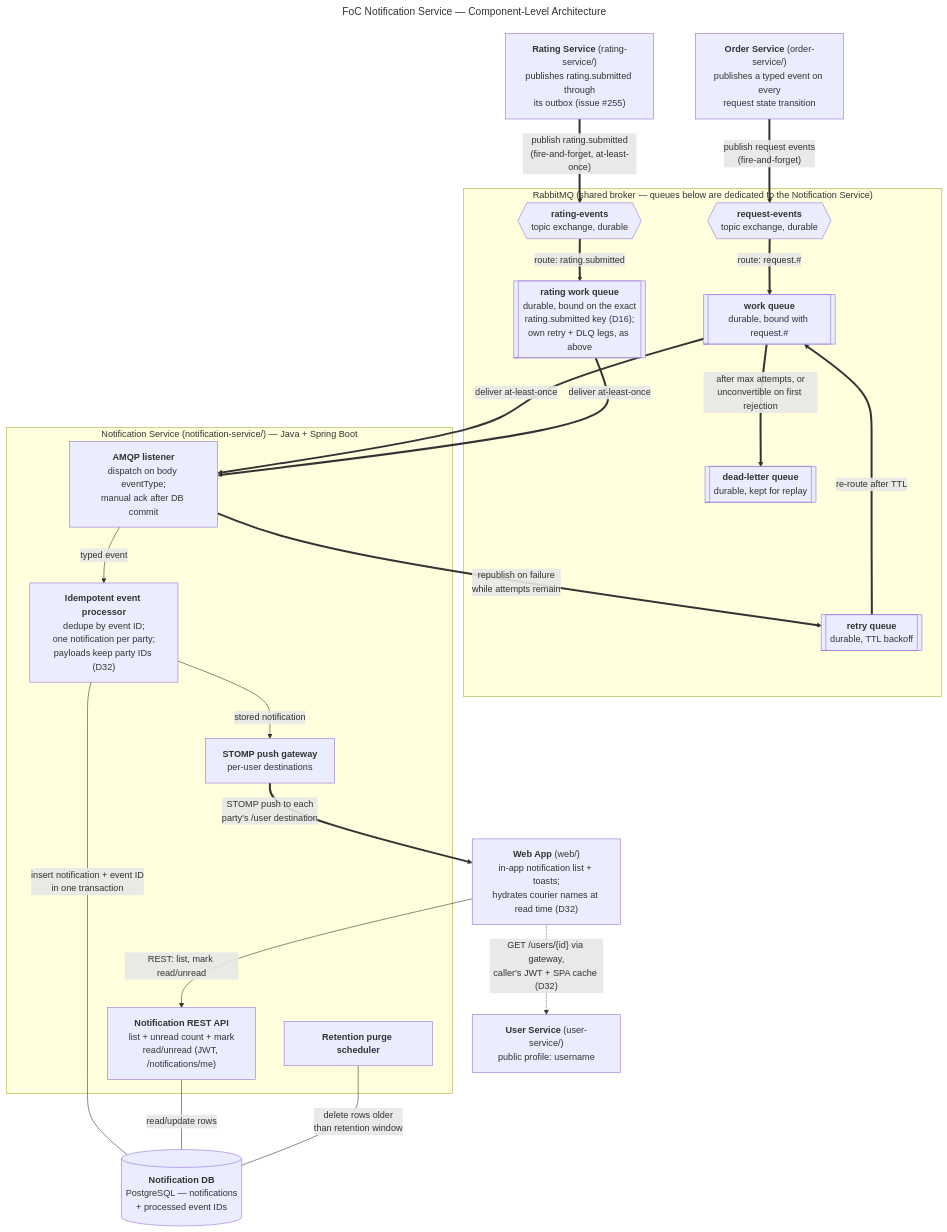
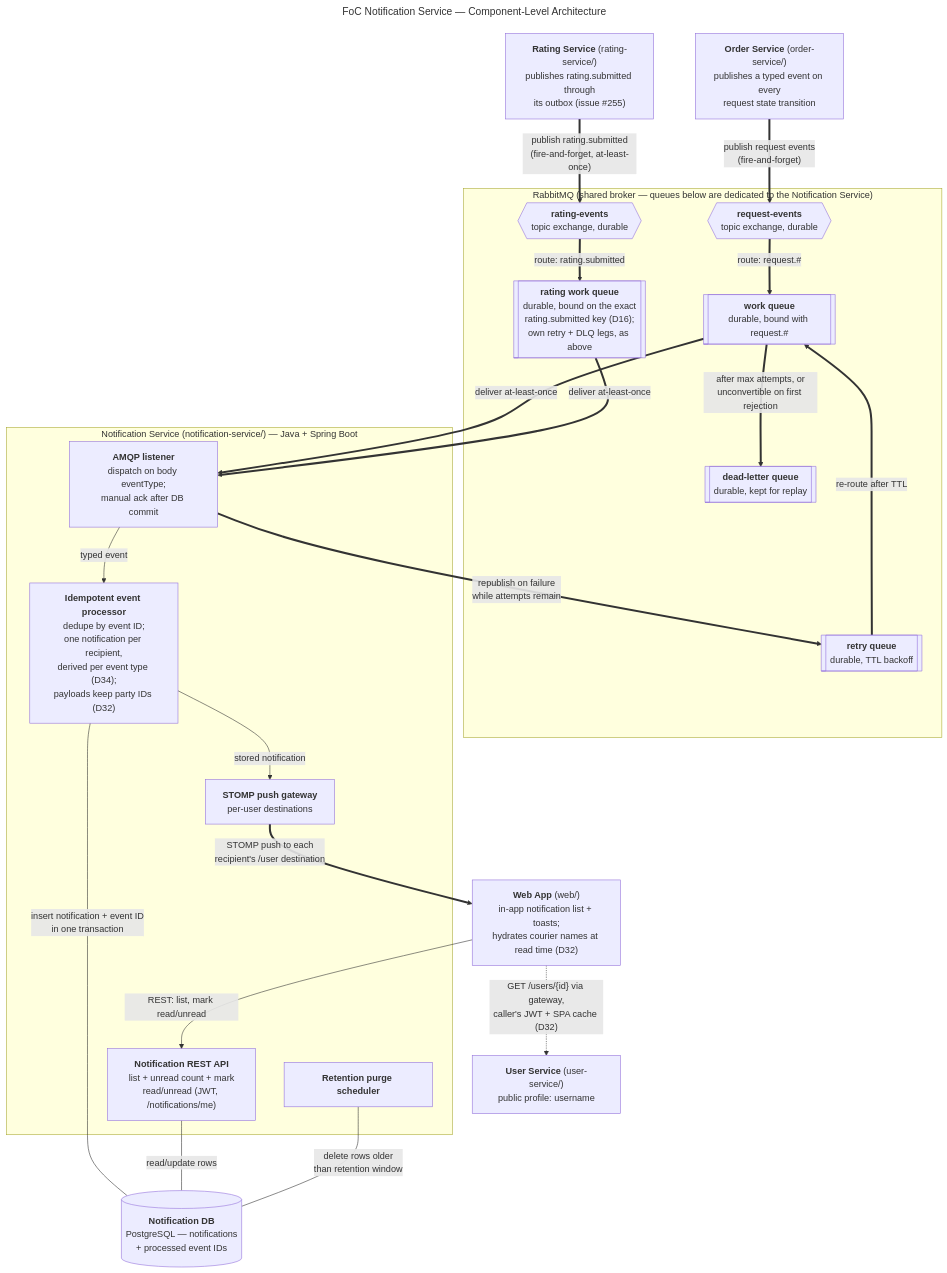
One commit to AY2627S1-CS3219-P23/foc changed the diagram in docs/notification-service.mmd. Above: the diagram before and after it, drawn with Mermaid. The commit also changed 86 other files, not shown here.

First line of the commit message:
feat: derive notification recipients in notification-service (D34)

```diff
--- a/docs/notification-service.mmd
+++ b/docs/notification-service.mmd
@@ -1,68 +1,71 @@
 ---
 title: "FoC Notification Service — Component-Level Architecture"
 ---
 %% AI-assisted (CS3219 AI Usage Policy disclosure):
 %% Tool: Claude Code (Fable 5), 2026-09-15 – 2026-09-21.
 %% Scope: drew the team-decided design (decisions D1-D22, made by
 %% Leong Wei Zhi, recorded in docs/notification-service.md); the tool
 %% made no design decisions.
 %% Reviewed by: Leong Wei Zhi (via pull request).
+%% 2026-11-04, Claude Code (Fable 5.1), D34: the processor node and push
+%% edge say "recipient" — recipients are derived here, not carried in
+%% the event. Author review: Leong Wei Zhi, pending pull request review.
 %% 2026-10-17, Claude Code (Fable 5), issue #66: the REST API node is
 %% built — dashed "planned" styling removed, label updated.
 %% 2026-10-17, Claude Code (Fable 5), issue #66: user directory node +
 %% lookup edge added for the ingest-time name enrichment (author
 %% decisions D30/D31 via options Q&A).
 %% 2026-10-19, Claude Code (Fable 5), issue #221: user directory node and
 %% internal-token edge removed with the enrichment (author decision D32
 %% via options Q&A — the web hydrates names at read time through the
 %% gateway); the Web App node notes the lookup instead.
 %% 2026-11-02, Claude Code (Fable 5), issue #258: the rating-events
 %% exchange, its work queue and the Rating Service producer drawn —
 %% the second queue trio the .md has described since issue #255 (D16
 %% note; its retry/DLQ legs mirror the drawn trio and are noted, not
 %% drawn). Transcription only.
 %% Author review: Leong Wei Zhi, pending pull request review.
 %% Legend, decisions and traceability: see docs/notification-service.md
 flowchart TB
     ORDER_SVC["<b>Order Service</b> (order-service/)<br/>publishes a typed event on every<br/>request state transition"]
     RATING_SVC["<b>Rating Service</b> (rating-service/)<br/>publishes rating.submitted through<br/>its outbox (issue #255)"]
     WEB["<b>Web App</b> (web/)<br/>in-app notification list + toasts;<br/>hydrates courier names at read time (D32)"]
     USER_SVC["<b>User Service</b> (user-service/)<br/>public profile: username"]
 
     subgraph RABBIT ["RabbitMQ (shared broker — queues below are dedicated to the Notification Service)"]
         EXCH{{"<b>request-events</b><br/>topic exchange, durable"}}
         WORKQ[["<b>work queue</b><br/>durable, bound with request.#"]]
         RETRYQ[["<b>retry queue</b><br/>durable, TTL backoff"]]
         DLQ[["<b>dead-letter queue</b><br/>durable, kept for replay"]]
         RATING_EXCH{{"<b>rating-events</b><br/>topic exchange, durable"}}
         RATING_WORKQ[["<b>rating work queue</b><br/>durable, bound on the exact<br/>rating.submitted key (D16);<br/>own retry + DLQ legs, as above"]]
     end
 
     subgraph NOTIF ["Notification Service (notification-service/) — Java + Spring Boot"]
         LISTENER["<b>AMQP listener</b><br/>dispatch on body eventType;<br/>manual ack after DB commit"]
-        PROCESSOR["<b>Idempotent event processor</b><br/>dedupe by event ID;<br/>one notification per party;<br/>payloads keep party IDs (D32)"]
+        PROCESSOR["<b>Idempotent event processor</b><br/>dedupe by event ID;<br/>one notification per recipient,<br/>derived per event type (D34);<br/>payloads keep party IDs (D32)"]
         API["<b>Notification REST API</b><br/>list + unread count + mark<br/>read/unread (JWT, /notifications/me)"]
         PUSH["<b>STOMP push gateway</b><br/>per-user destinations"]
         PURGE["<b>Retention purge scheduler</b>"]
     end
 
     NOTIF_DB[("<b>Notification DB</b><br/>PostgreSQL — notifications<br/>+ processed event IDs")]
 
     ORDER_SVC ==>|"publish request events<br/>(fire-and-forget)"| EXCH
     EXCH ==>|"route: request.#"| WORKQ
     WORKQ ==>|"deliver at-least-once"| LISTENER
     LISTENER ==>|"republish on failure<br/>while attempts remain"| RETRYQ
     RETRYQ ==>|"re-route after TTL"| WORKQ
     WORKQ ==>|"after max attempts, or<br/>unconvertible on first rejection"| DLQ
     RATING_SVC ==>|"publish rating.submitted<br/>(fire-and-forget, at-least-once)"| RATING_EXCH
     RATING_EXCH ==>|"route: rating.submitted"| RATING_WORKQ
     RATING_WORKQ ==>|"deliver at-least-once"| LISTENER
 
     LISTENER -->|"typed event"| PROCESSOR
     PROCESSOR ---|"insert notification + event ID<br/>in one transaction"| NOTIF_DB
     PROCESSOR -->|"stored notification"| PUSH
-    PUSH ==>|"STOMP push to each<br/>party's /user destination"| WEB
+    PUSH ==>|"STOMP push to each<br/>recipient's /user destination"| WEB
     WEB -->|"REST: list, mark read/unread"| API
     WEB -.->|"GET /users/{id} via gateway,<br/>caller's JWT + SPA cache (D32)"| USER_SVC
     API ---|"read/update rows"| NOTIF_DB
     PURGE ---|"delete rows older<br/>than retention window"| NOTIF_DB
```
